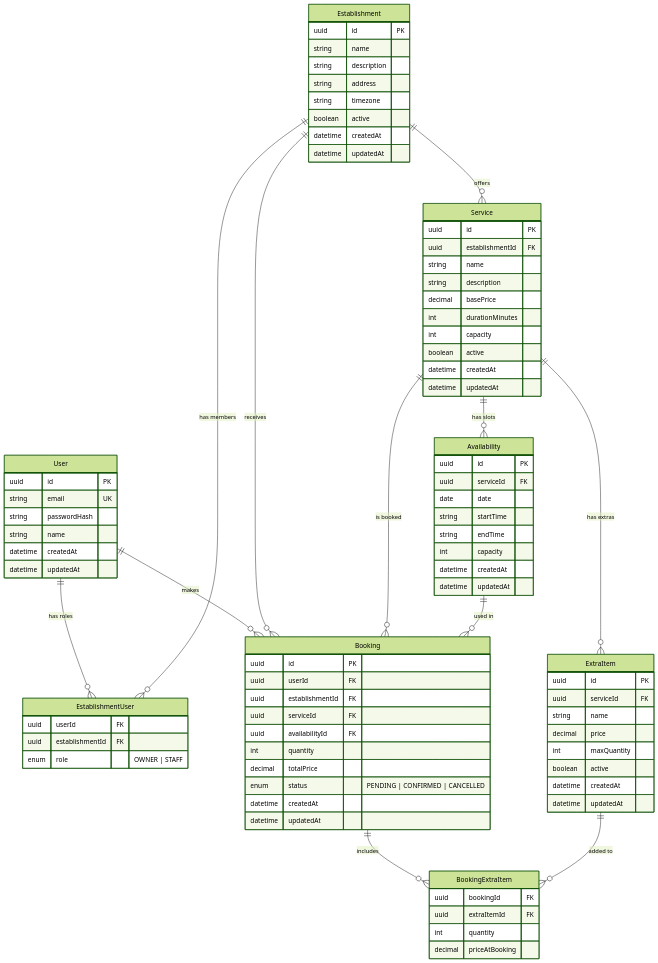
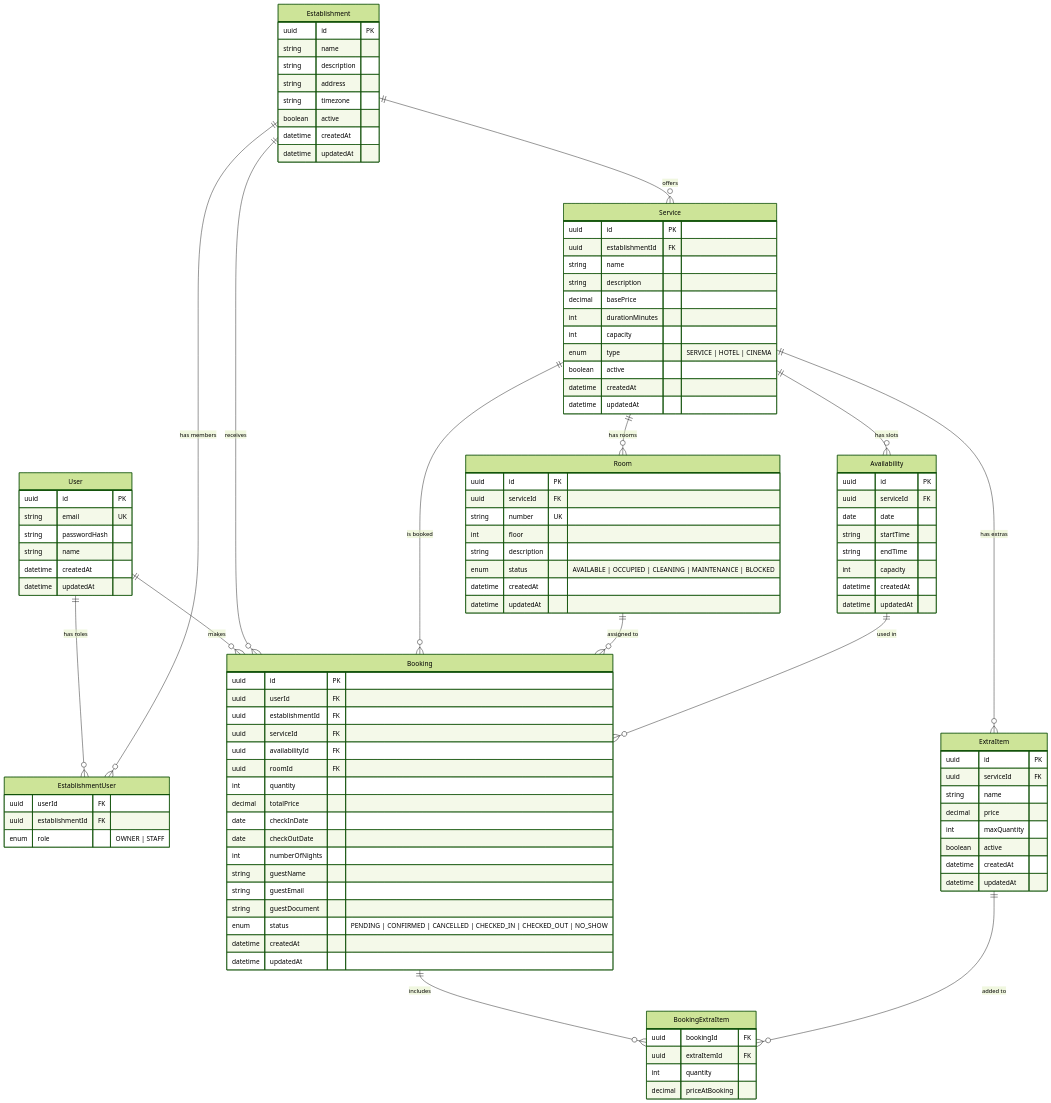
Before and after one commit to Nicasiomarques/booking-host: the second of 10 diagrams in readme..md, drawn with Mermaid (forest theme). The commit also changed other lines of this file and 2 other files, not shown here.

First line of the commit message:
docs(9.3): update documentation with hotel booking features

```diff
--- a/readme..md
+++ b/readme..md
@@ -138,7 +142,19 @@
         decimal basePrice
         int durationMinutes
         int capacity
+        enum type "SERVICE | HOTEL | CINEMA"
         boolean active
+        datetime createdAt
+        datetime updatedAt
+    }
+
+    Room {
+        uuid id PK
+        uuid serviceId FK
+        string number UK
+        int floor
+        string description
+        enum status "AVAILABLE | OCCUPIED | CLEANING | MAINTENANCE | BLOCKED"
         datetime createdAt
         datetime updatedAt
     }
@@ -171,9 +187,16 @@
         uuid establishmentId FK
         uuid serviceId FK
         uuid availabilityId FK
+        uuid roomId FK
         int quantity
         decimal totalPrice
-        enum status "PENDING | CONFIRMED | CANCELLED"
+        date checkInDate
+        date checkOutDate
+        int numberOfNights
+        string guestName
+        string guestEmail
+        string guestDocument
+        enum status "PENDING | CONFIRMED | CANCELLED | CHECKED_IN | CHECKED_OUT | NO_SHOW"
         datetime createdAt
         datetime updatedAt
     }
@@ -193,6 +216,8 @@
     Service ||--o{ ExtraItem : "has extras"
     Service ||--o{ Availability : "has slots"
     Service ||--o{ Booking : "is booked"
+    Service ||--o{ Room : "has rooms"
+    Room ||--o{ Booking : "assigned to"
     Availability ||--o{ Booking : "used in"
     Booking ||--o{ BookingExtraItem : "includes"
     ExtraItem ||--o{ BookingExtraItem : "added to"
```
